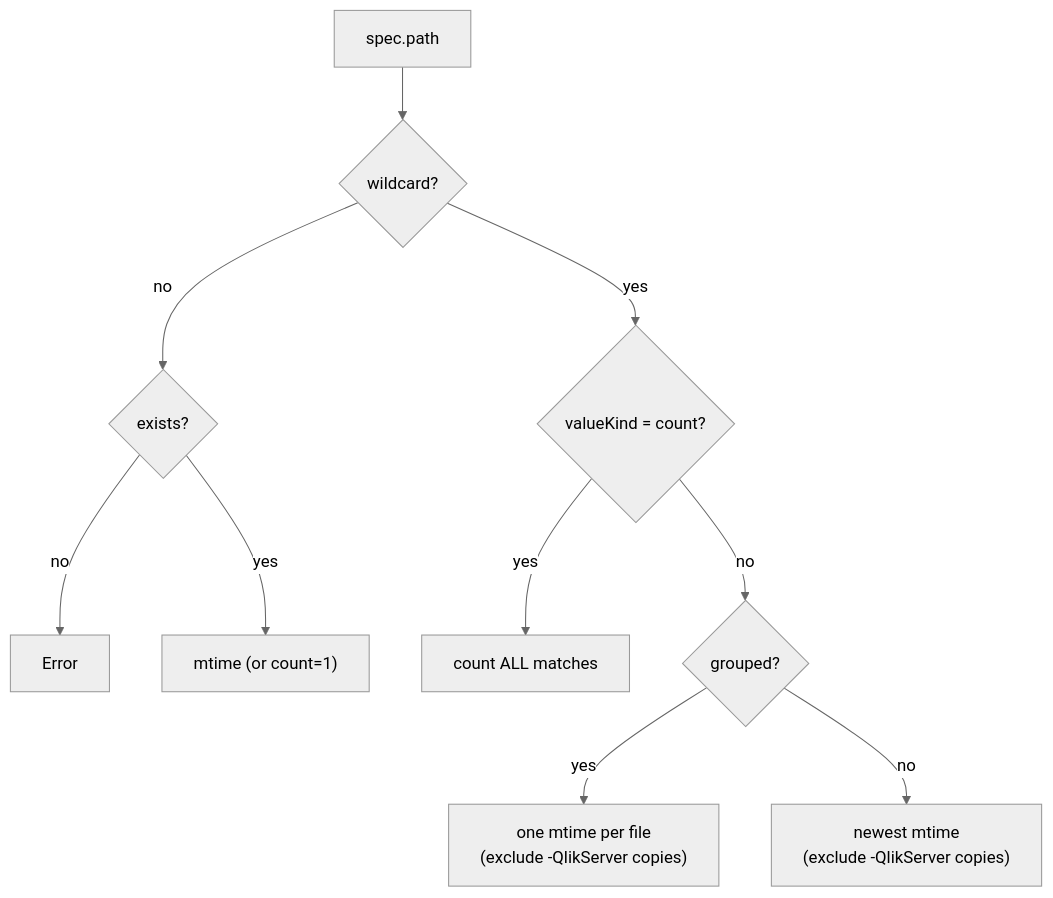
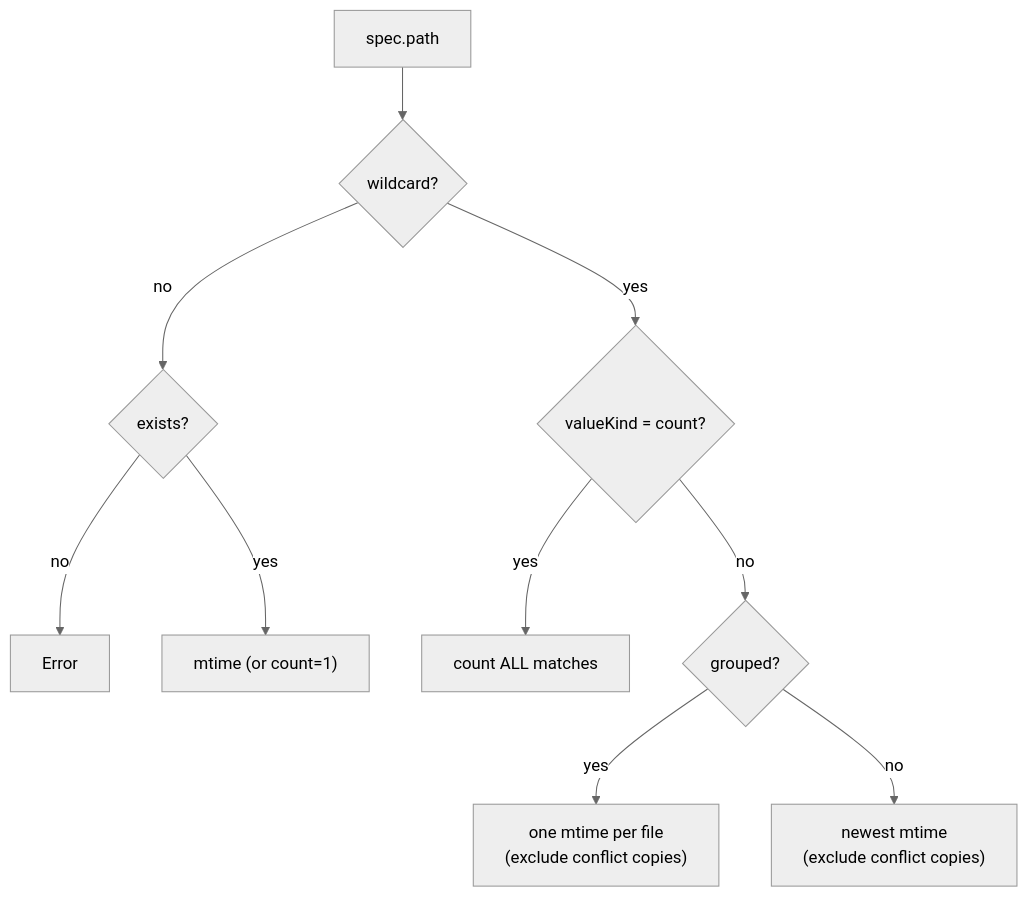
Before and after one commit to ShiftSoftware/ADP: the third of 4 diagrams in ADP.Docs/Docs/docs/integrations/rastgo/sources.md, drawn with Mermaid (neutral theme). The commit also changed other lines of this file and 11 other files, not shown here.

````diff
--- a/ADP.Docs/Docs/docs/integrations/rastgo/sources.md
+++ b/ADP.Docs/Docs/docs/integrations/rastgo/sources.md
@@ -101,12 +101,12 @@
 ```mermaid
 flowchart TD
     P[spec.path] --> W{wildcard?}
     W -->|no| EXIST{exists?}
     EXIST -->|no| E[Error]
     EXIST -->|yes| MT["mtime (or count=1)"]
     W -->|yes| CNT{valueKind = count?}
     CNT -->|yes| N["count ALL matches"]
     CNT -->|no| GRP{grouped?}
-    GRP -->|yes| PER["one mtime per file<br/>(exclude -QlikServer copies)"]
-    GRP -->|no| NEW["newest mtime<br/>(exclude -QlikServer copies)"]
+    GRP -->|yes| PER["one mtime per file<br/>(exclude conflict copies)"]
+    GRP -->|no| NEW["newest mtime<br/>(exclude conflict copies)"]
 ```
````
